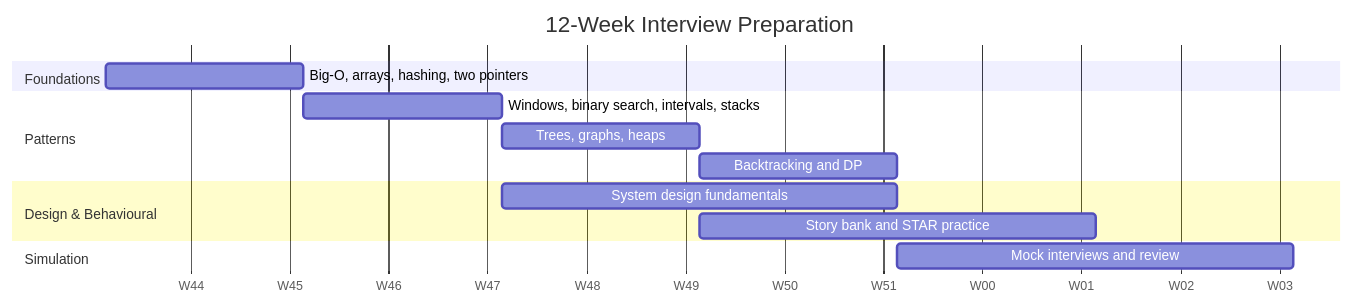
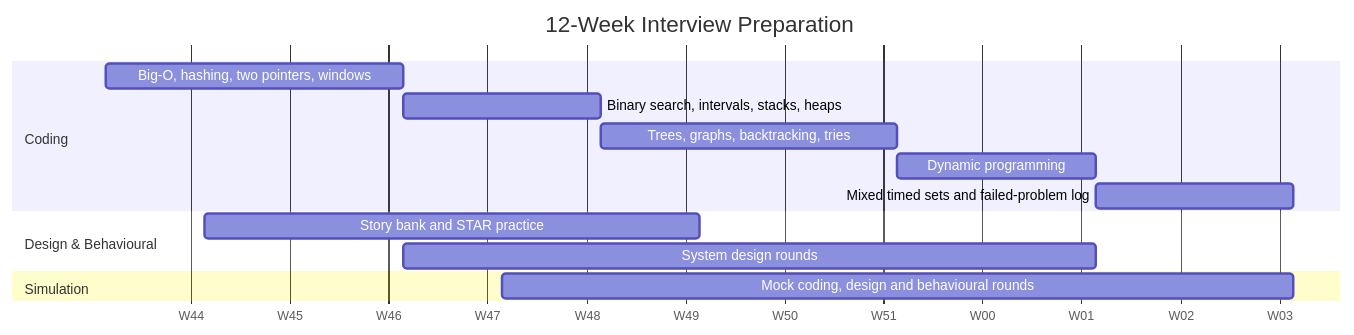
Diagram 14 of 14 in README.md (TheLearningHubOrg/learn-interview-prep), drawn with Mermaid before and after one commit. The commit also changed other lines of this file, not shown here.

Commit message:
Review fixes

````diff
--- a/README.md
+++ b/README.md
@@ -1527,17 +1527,17 @@
 ```mermaid
 gantt
     title 12-Week Interview Preparation
     dateFormat  YYYY-MM-DD
     axisFormat  W%W
-    section Foundations
-    Big-O, arrays, hashing, two pointers      :a1, 2026-11-02, 14d
-    section Patterns
-    Windows, binary search, intervals, stacks :a2, after a1, 14d
-    Trees, graphs, heaps                      :a3, after a2, 14d
-    Backtracking and DP                       :a4, after a3, 14d
+    section Coding
+    Big-O, hashing, two pointers, windows     :a1, 2026-11-02, 21d
+    Binary search, intervals, stacks, heaps   :a2, after a1, 14d
+    Trees, graphs, backtracking, tries        :a3, after a2, 21d
+    Dynamic programming                       :a4, after a3, 14d
+    Mixed timed sets and failed-problem log   :a5, after a4, 14d
     section Design & Behavioural
-    System design fundamentals                :b1, 2026-11-30, 28d
-    Story bank and STAR practice              :b2, 2026-12-14, 28d
+    Story bank and STAR practice              :b1, 2026-11-09, 35d
+    System design rounds                      :b2, 2026-11-23, 49d
     section Simulation
-    Mock interviews and review                :c1, after a4, 28d
+    Mock coding, design and behavioural rounds :c1, 2026-11-30, 56d
 ```
````
